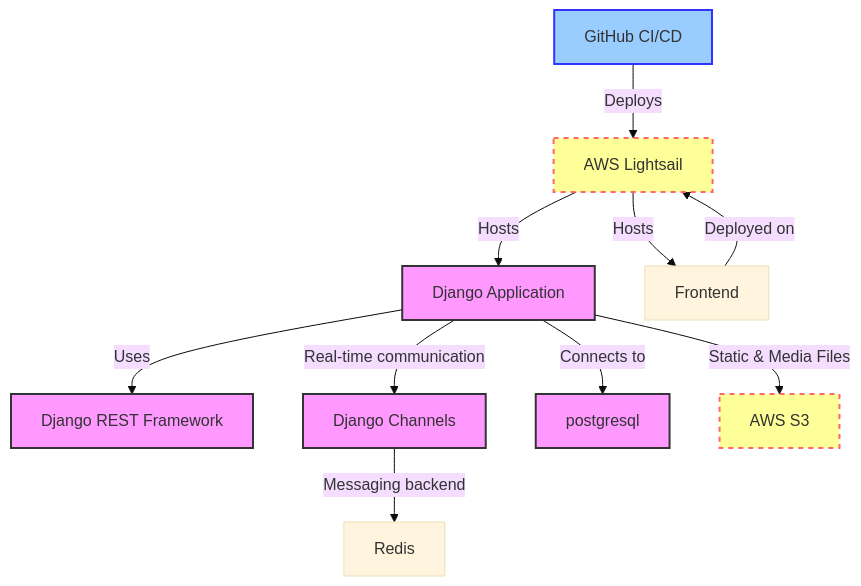
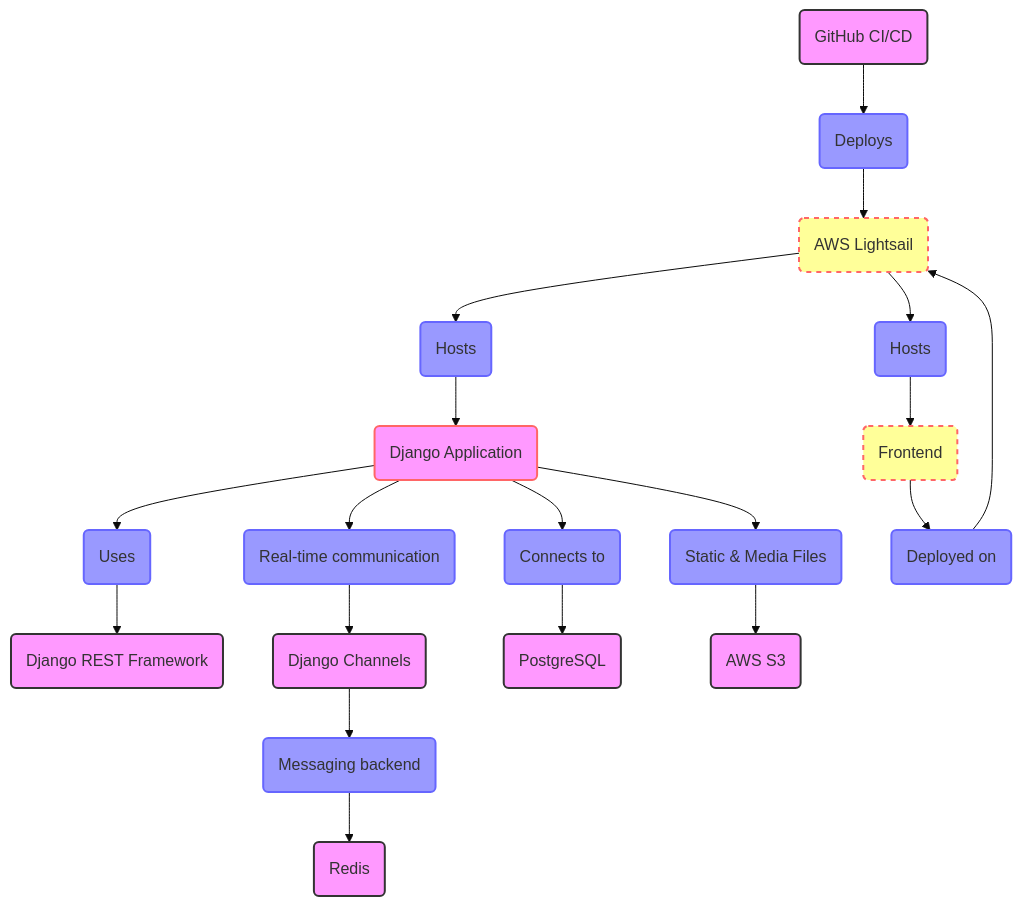
The fifth of 5 diagrams in readme.md (SungjaeS/SURI), drawn with Mermaid (base theme) before and after one commit.

````diff
--- a/readme.md
+++ b/readme.md
@@ -432,19 +432,22 @@
 ```mermaid
-graph TD;
-    CI[GitHub CI/CD] -->|Deploys| LS[AWS Lightsail];
-    A[Django Application] -->|Uses| DRF[Django REST Framework];
-    A -->|Real-time communication| C[Django Channels];
-    C -->|Messaging backend| R[Redis];
-    A -->|Connects to| DB[postgresql];
-    A -->|Static & Media Files| S3[AWS S3];
-    FE[Frontend] -->|Deployed on| LS;
-    LS -->|Hosts| A;
-    LS -->|Hosts| FE;
-    classDef framework fill:#f9f,stroke:#333,stroke-width:2px;
-    classDef aws fill:#ff9,stroke:#f66,stroke-width:2px,stroke-dasharray: 5, 5;
-    classDef ci fill:#9cf,stroke:#33f,stroke-width:2px;
-    
-    class A,DRF,C,DB framework;
-    class LS,S3 aws;
-    class CI ci;
+graph TD
+A(GitHub CI/CD) --> B(Deploys) --> C(AWS Lightsail)
+D(Django Application) --> E(Uses) --> F(Django REST Framework)
+D --> G(Real-time communication) --> H(Django Channels)
+H --> I(Messaging backend) --> J(Redis)
+D --> K(Connects to) --> L(PostgreSQL)
+D --> M(Static & Media Files) --> N(AWS S3)
+O(Frontend) --> P(Deployed on) --> C
+C --> Q(Hosts) --> D
+C --> R(Hosts) --> O
+classDef framework fill:#f9f,stroke:#333,stroke-width:2px;
+classDef aws fill:#ff9,stroke:#f66,stroke-width:2px,stroke-dasharray: 5, 5;
+classDef ci fill:#9cf,stroke:#33f,stroke-width:2px;
+classDef db fill:#99f,stroke:#66f,stroke-width:2px;
+classDef storage fill:#f9f,stroke:#f66,stroke-width:2px;
+
+class A,F,H,J,L,N framework;
+class C,O aws;
+class B,E,G,I,K,M,P,Q,R db;
+class D storage;
 ```
````
